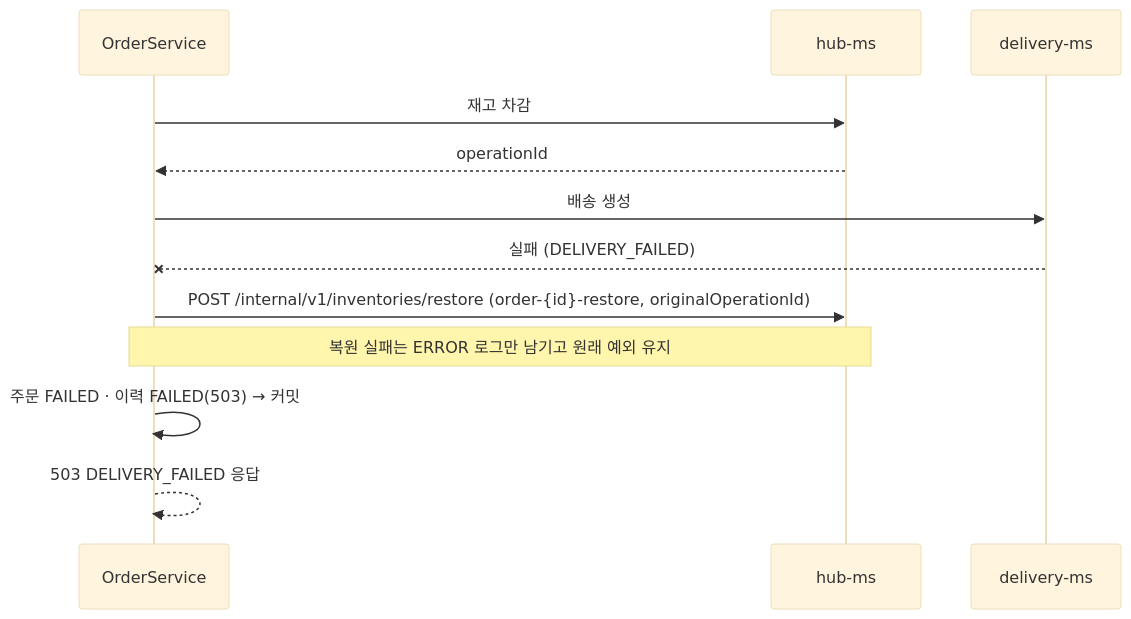
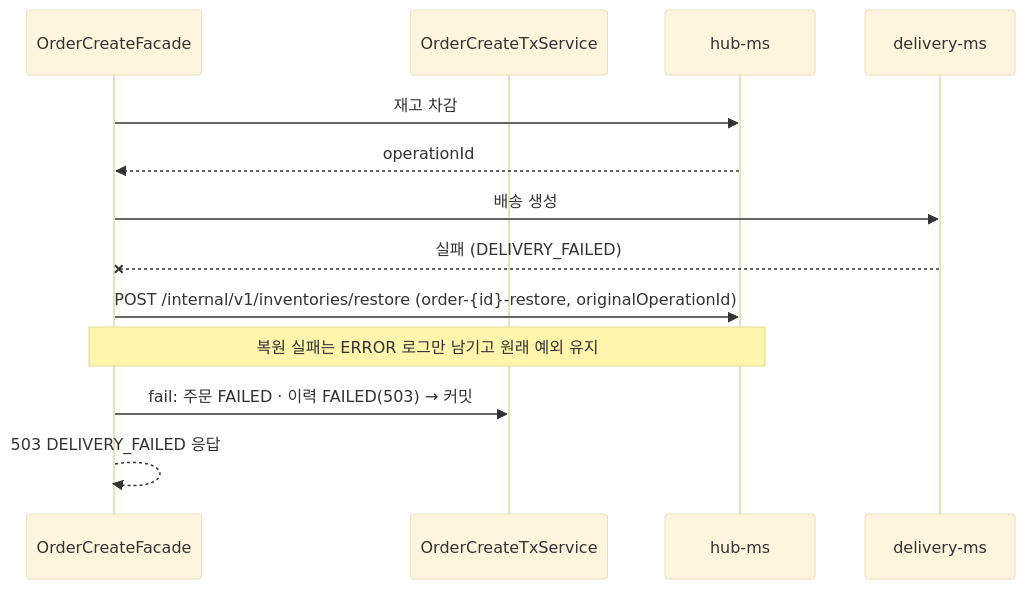
The second of 5 diagrams in docs/guide/구현 설명/Order 도메인 구현 설명.md (01Commit10/sparta-logistics), drawn with Mermaid (base theme) before and after one commit. The commit also changed other lines of this file, not shown here.

````diff
--- a/docs/guide/구현 설명/Order 도메인 구현 설명.md
+++ b/docs/guide/구현 설명/Order 도메인 구현 설명.md
@@ -236,15 +248,16 @@
 ```mermaid
 sequenceDiagram
-    participant S as OrderService
+    participant F as OrderCreateFacade
+    participant T as OrderCreateTxService
     participant H as hub-ms
     participant D as delivery-ms
 
-    S->>H: 재고 차감
-    H-->>S: operationId
-    S->>D: 배송 생성
-    D--xS: 실패 (DELIVERY_FAILED)
-    S->>H: POST /internal/v1/inventories/restore (order-{id}-restore, originalOperationId)
-    Note over S,H: 복원 실패는 ERROR 로그만 남기고 원래 예외 유지
-    S->>S: 주문 FAILED · 이력 FAILED(503) → 커밋
-    S-->>S: 503 DELIVERY_FAILED 응답
+    F->>H: 재고 차감
+    H-->>F: operationId
+    F->>D: 배송 생성
+    D--xF: 실패 (DELIVERY_FAILED)
+    F->>H: POST /internal/v1/inventories/restore (order-{id}-restore, originalOperationId)
+    Note over F,H: 복원 실패는 ERROR 로그만 남기고 원래 예외 유지
+    F->>T: fail: 주문 FAILED · 이력 FAILED(503) → 커밋
+    F-->>F: 503 DELIVERY_FAILED 응답
 ```
````
